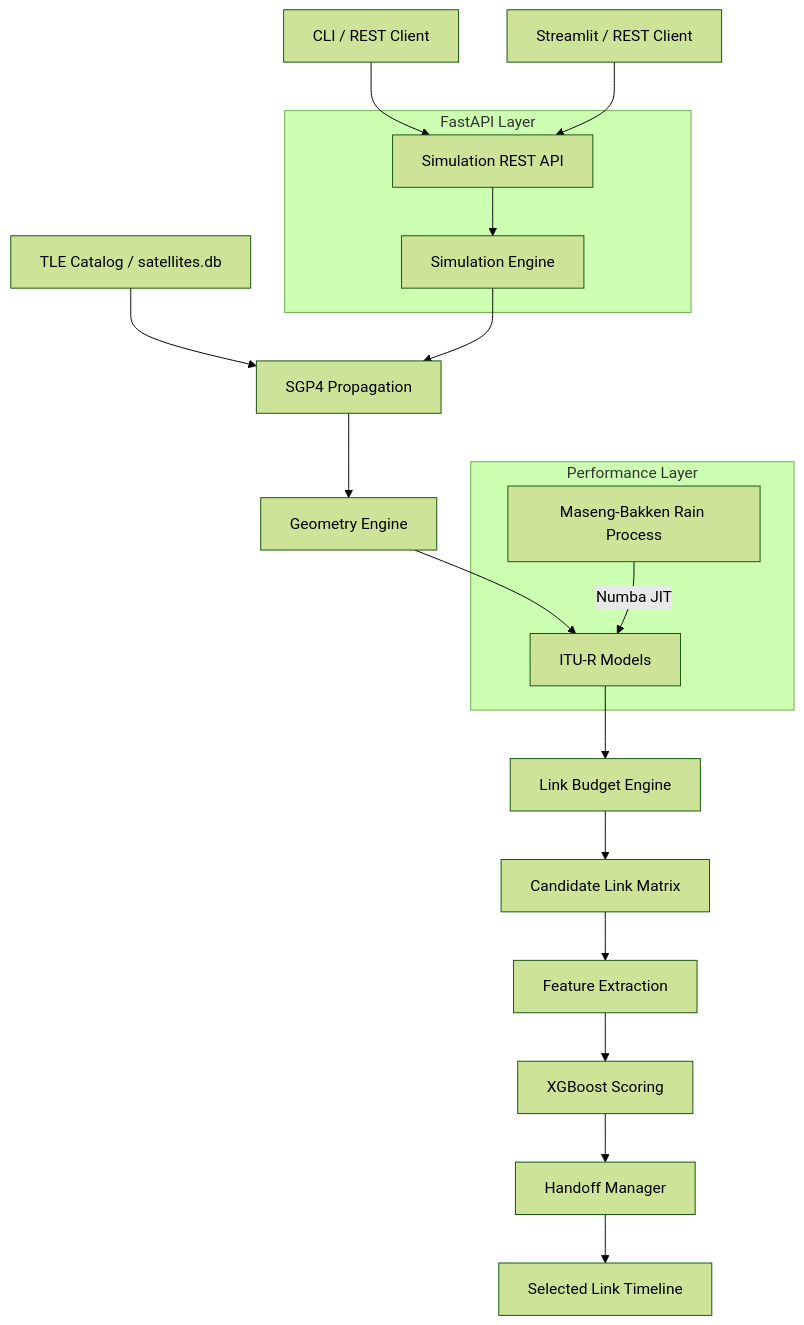
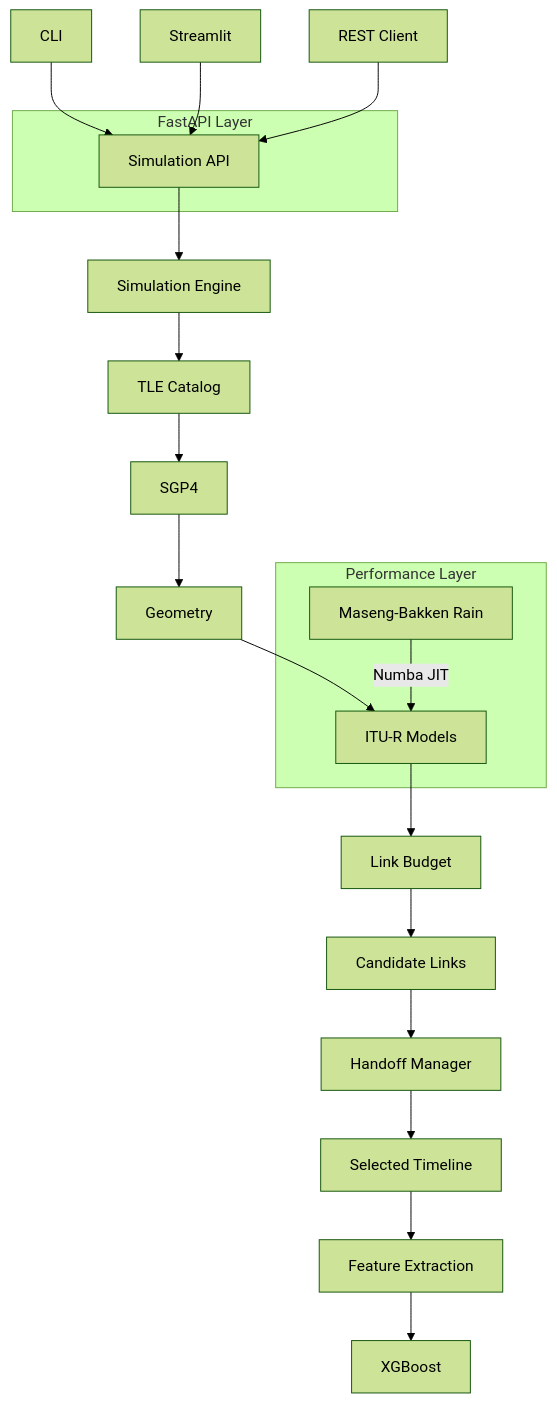
One commit to Satyanshgaur/RainCast changed the diagram in docs/architecture.md. Above: the diagram before and after it, drawn with Mermaid (forest theme).

Commit message:
Improved architecture.md

````diff
--- a/docs/architecture.md
+++ b/docs/architecture.md
@@ -7,28 +7,29 @@
 ```mermaid
 graph TD
-    A[TLE Catalog / satellites.db] --> B[SGP4 Propagation]
-    B --> C[Geometry Engine]
-    C --> D[ITU-R Models]
-    D --> E[Link Budget Engine]
+    M[CLI] --> F
+    N[Streamlit] --> F
+    O[REST Client] --> F
 
-    subgraph Service_Layer [FastAPI Layer]
-        F[Simulation REST API]
-        F --> G[Simulation Engine]
+    subgraph API [FastAPI Layer]
+        F[Simulation API]
     end
 
-    G --> B
-    E --> H[Candidate Link Matrix]
+    F --> G[Simulation Engine]
 
-    H --> K[Feature Extraction]
-    K --> L[XGBoost Scoring]
-    L --> I[Handoff Manager]
-    I --> J[Selected Link Timeline]
+    G --> A[TLE Catalog]
+    A --> B[SGP4]
+    B --> C[Geometry]
+    C --> D[ITU-R Models]
 
-    M[CLI / REST Client] --> F
-    N[Streamlit / REST Client] --> F
-
-    subgraph JIT_ACCELERATED [Performance Layer]
-        R[Maseng-Bakken Rain Process]
+    subgraph Performance [Performance Layer]
+        R[Maseng-Bakken Rain]
         R -- Numba JIT --> D
     end
+
+    D --> E[Link Budget]
+    E --> H[Candidate Links]
+    H --> I[Handoff Manager]
+    I --> J[Selected Timeline]
+    J --> K[Feature Extraction]
+    K --> L[XGBoost]
 ```
````
